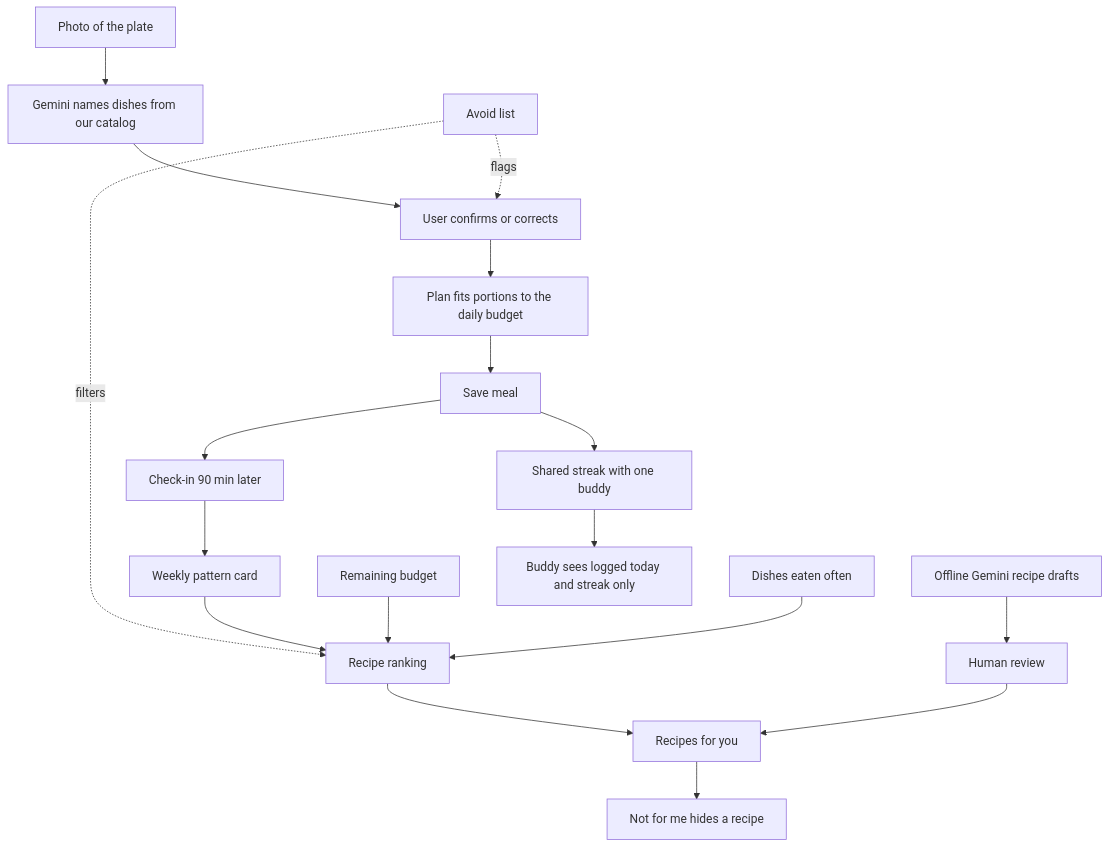
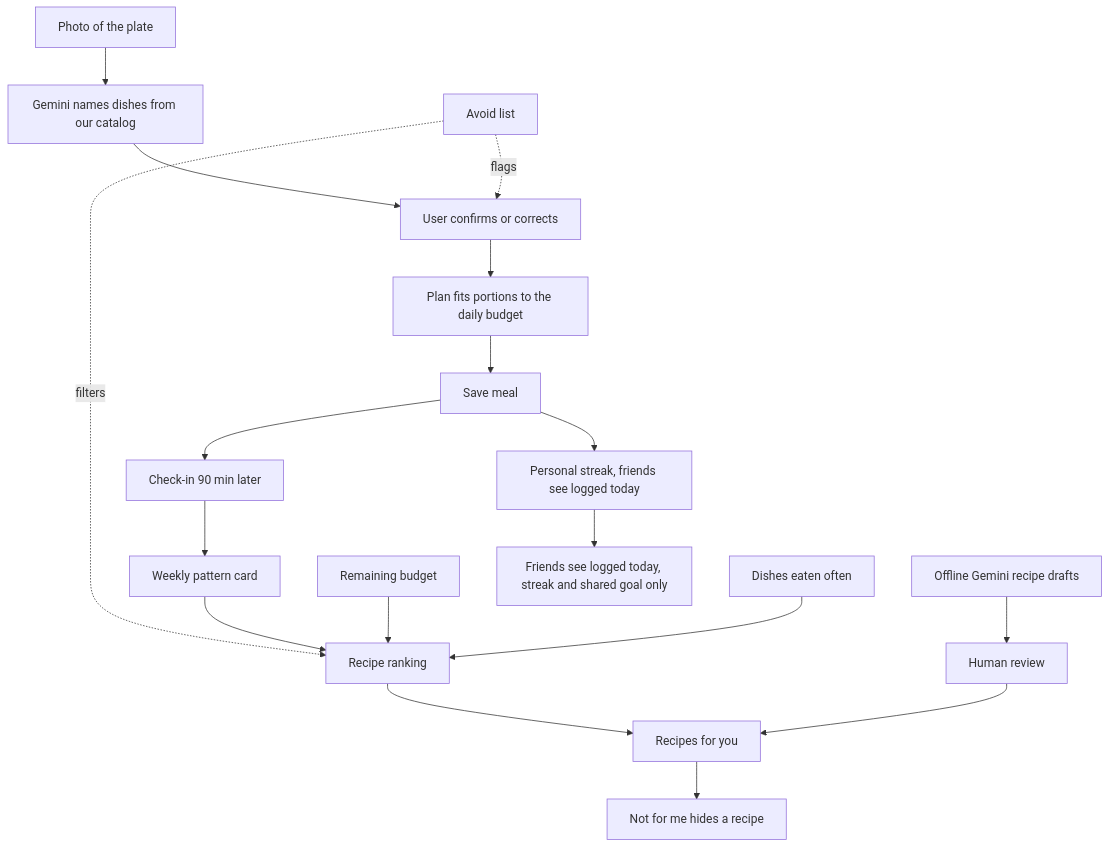
The diagram in docs/PRD.md (Zaryabk11/hissa), drawn with Mermaid before and after one commit. The commit also changed other lines of this file and 25 other files, not shown here.

````diff
--- a/docs/PRD.md
+++ b/docs/PRD.md
@@ -28,20 +28,20 @@
 ```mermaid
 flowchart TD
   photo["Photo of the plate"] --> gemini["Gemini names dishes from our catalog"]
   gemini --> confirm["User confirms or corrects"]
   confirm --> plan["Plan fits portions to the daily budget"]
   plan --> save["Save meal"]
-  save --> streak["Shared streak with one buddy"]
+  save --> streak["Personal streak, friends see logged today"]
   save --> checkin["Check-in 90 min later"]
   checkin --> pattern["Weekly pattern card"]
   avoid["Avoid list"] -.->|flags| confirm
   avoid -.->|filters| rank
   pattern --> rank["Recipe ranking"]
   budget["Remaining budget"] --> rank
   often["Dishes eaten often"] --> rank
   rank --> recipes["Recipes for you"]
   recipes --> nfm["Not for me hides a recipe"]
-  streak --> buddy["Buddy sees logged today and streak only"]
+  streak --> friends["Friends see logged today, streak and shared goal only"]
   draft["Offline Gemini recipe drafts"] --> review["Human review"]
   review --> recipes
 ```
````
